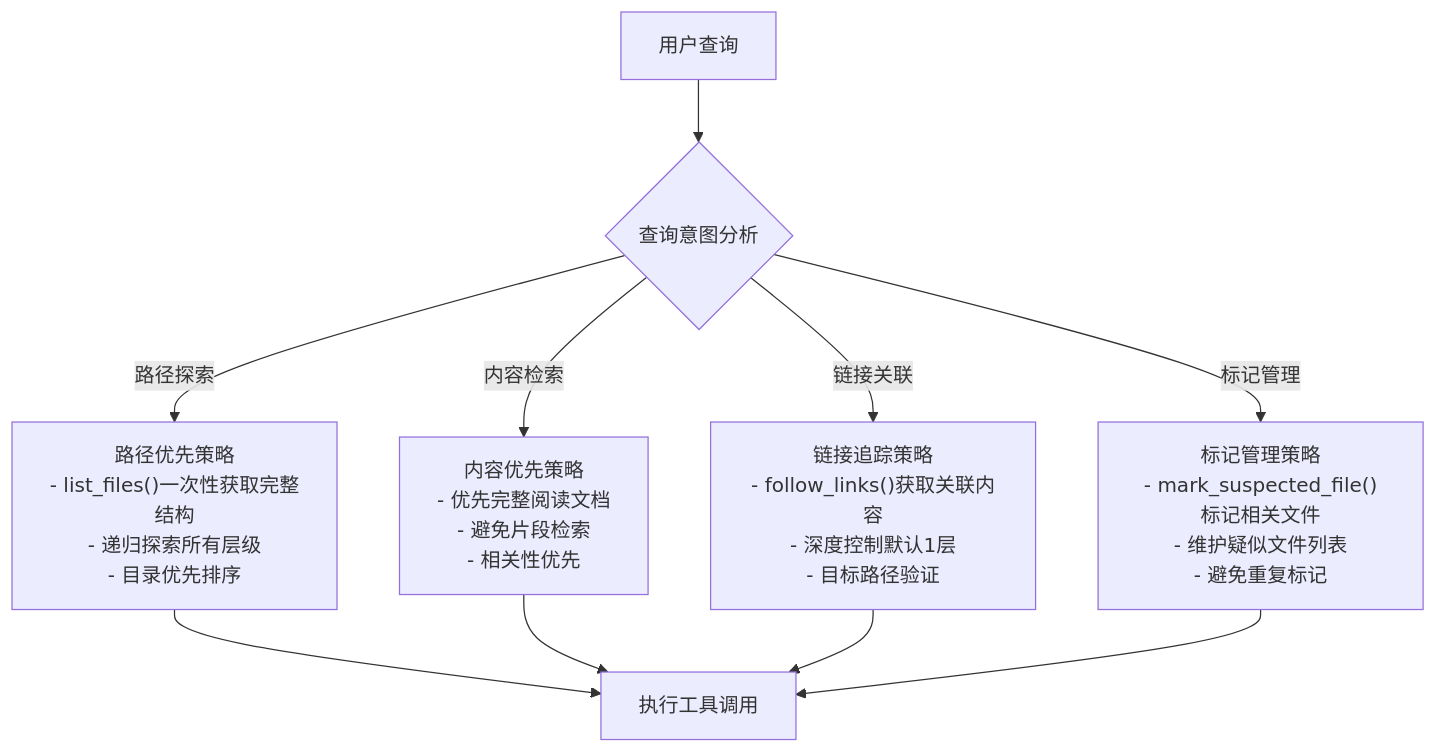
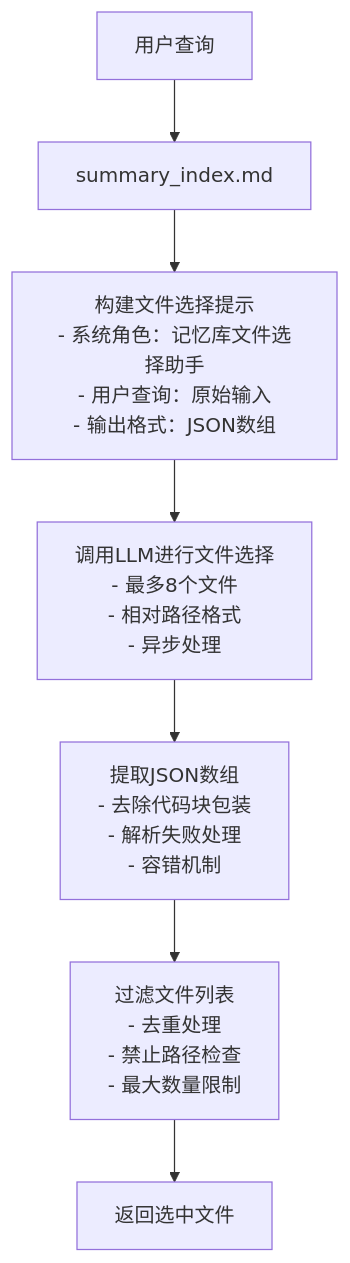
The fifth of 8 diagrams in .qoder/repowiki/zh/content/知识库系统/知识库查询机制.md (WangYiKai1017/zizuan), drawn with Mermaid before and after one commit. The commit also changed other lines of this file and 7 other files, not shown here.

````diff
--- a/.qoder/repowiki/zh/content/知识库系统/知识库查询机制.md
+++ b/.qoder/repowiki/zh/content/知识库系统/知识库查询机制.md
@@ -251,12 +220,9 @@
 ```mermaid
 flowchart TD
-Query[用户查询] --> Intent{查询意图分析}
-Intent --> |路径探索| PathStrategy["路径优先策略<br/>- list_files()一次性获取完整结构<br/>- 递归探索所有层级<br/>- 目录优先排序"]
-Intent --> |内容检索| ContentStrategy["内容优先策略<br/>- 优先完整阅读文档<br/>- 避免片段检索<br/>- 相关性优先"]
-Intent --> |链接关联| LinkStrategy["链接追踪策略<br/>- follow_links()获取关联内容<br/>- 深度控制默认1层<br/>- 目标路径验证"]
-Intent --> |标记管理| MarkStrategy["标记管理策略<br/>- mark_suspected_file()标记相关文件<br/>- 维护疑似文件列表<br/>- 避免重复标记"]
-PathStrategy --> Execution[执行工具调用]
-ContentStrategy --> Execution
-LinkStrategy --> Execution
-MarkStrategy --> Execution
+Query[用户查询] --> Index[summary_index.md]
+Index --> BuildPrompt["构建文件选择提示<br/>- 系统角色：记忆库文件选择助手<br/>- 用户查询：原始输入<br/>- 输出格式：JSON数组"]
+BuildPrompt --> CallLLM["调用LLM进行文件选择<br/>- 最多8个文件<br/>- 相对路径格式<br/>- 异步处理"]
+CallLLM --> ExtractJSON["提取JSON数组<br/>- 去除代码块包装<br/>- 解析失败处理<br/>- 容错机制"]
+ExtractJSON --> FilterFiles["过滤文件列表<br/>- 去重处理<br/>- 禁止路径检查<br/>- 最大数量限制"]
+FilterFiles --> ReturnFiles[返回选中文件]
 ```
````
